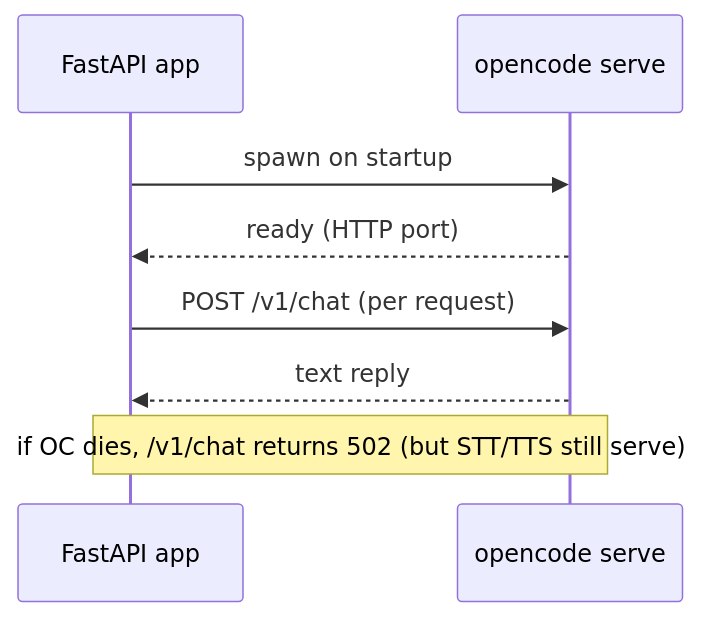
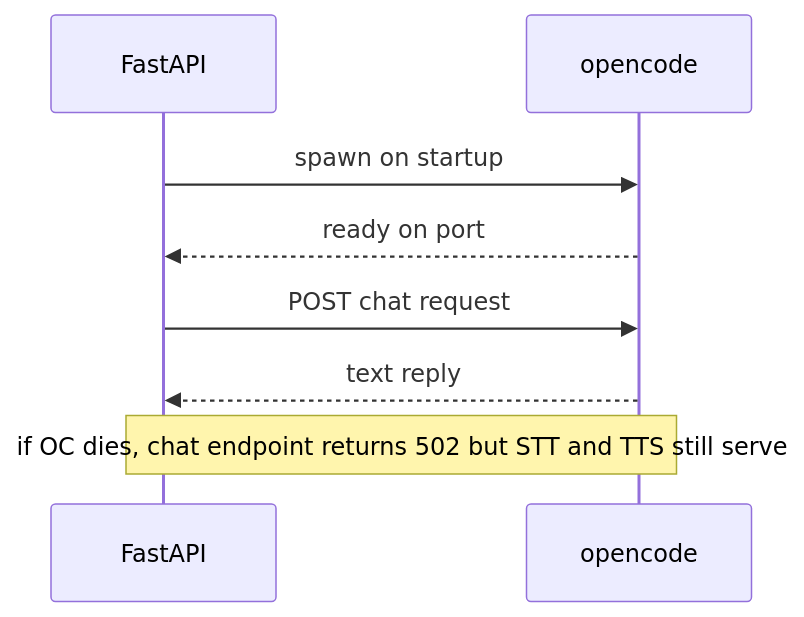
One commit to DavidVossebuerger/davidv.github.io changed the second of 2 diagrams in content/projects/assistent-app/index.md. Above: the diagram before and after it, drawn with Mermaid.

Commit message:
Fix Mermaid sequence diagram: remove parens from notes

```diff
--- a/content/projects/assistent-app/index.md
+++ b/content/projects/assistent-app/index.md
@@ -59,10 +59,10 @@
 {{< mermaid >}}
 sequenceDiagram
-    participant App as FastAPI app
-    participant OC as opencode serve
+    participant App as FastAPI
+    participant OC as opencode
     App->>OC: spawn on startup
-    OC-->>App: ready (HTTP port)
-    App->>OC: POST /v1/chat (per request)
+    OC-->>App: ready on port
+    App->>OC: POST chat request
     OC-->>App: text reply
-    Note over App,OC: if OC dies, /v1/chat returns 502 (but STT/TTS still serve)
+    Note over App,OC: if OC dies, chat endpoint returns 502 but STT and TTS still serve
 {{< /mermaid >}}
```
